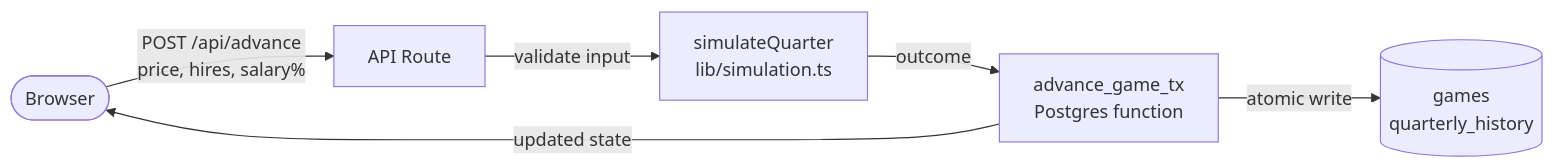
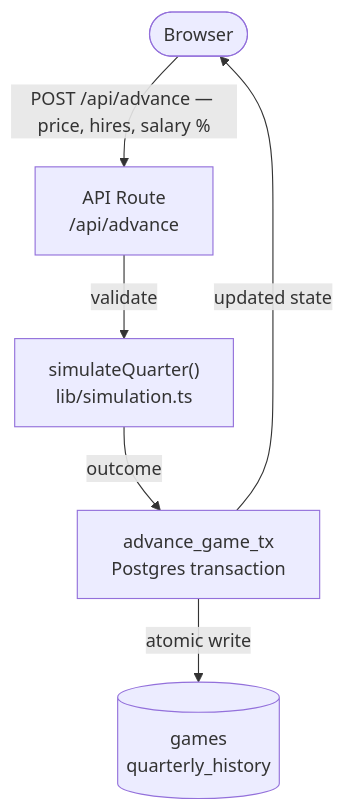
One commit to vnyk24/startup-simulation changed the diagram in README.md. Above: the diagram before and after it, drawn with Mermaid.

Commit message:
Startup Simulation - Option A fullstack assignment

````diff
--- a/README.md
+++ b/README.md
@@ -44,8 +44,8 @@
 ```mermaid
-flowchart LR
-    A([Browser]) -->|POST /api/advance\nprice, hires, salary%| B[API Route]
-    B -->|validate input| C[simulateQuarter\nlib/simulation.ts]
-    C -->|outcome| D[advance_game_tx\nPostgres function]
-    D -->|atomic write| E[(games\nquarterly_history)]
+flowchart TD
+    A([Browser]) -->|"POST /api/advance — price, hires, salary %"| B["API Route\n/api/advance"]
+    B -->|validate| C["simulateQuarter()\nlib/simulation.ts"]
+    C -->|outcome| D["advance_game_tx\nPostgres transaction"]
+    D -->|atomic write| E[("games\nquarterly_history")]
     D -->|updated state| A
 ```
````
